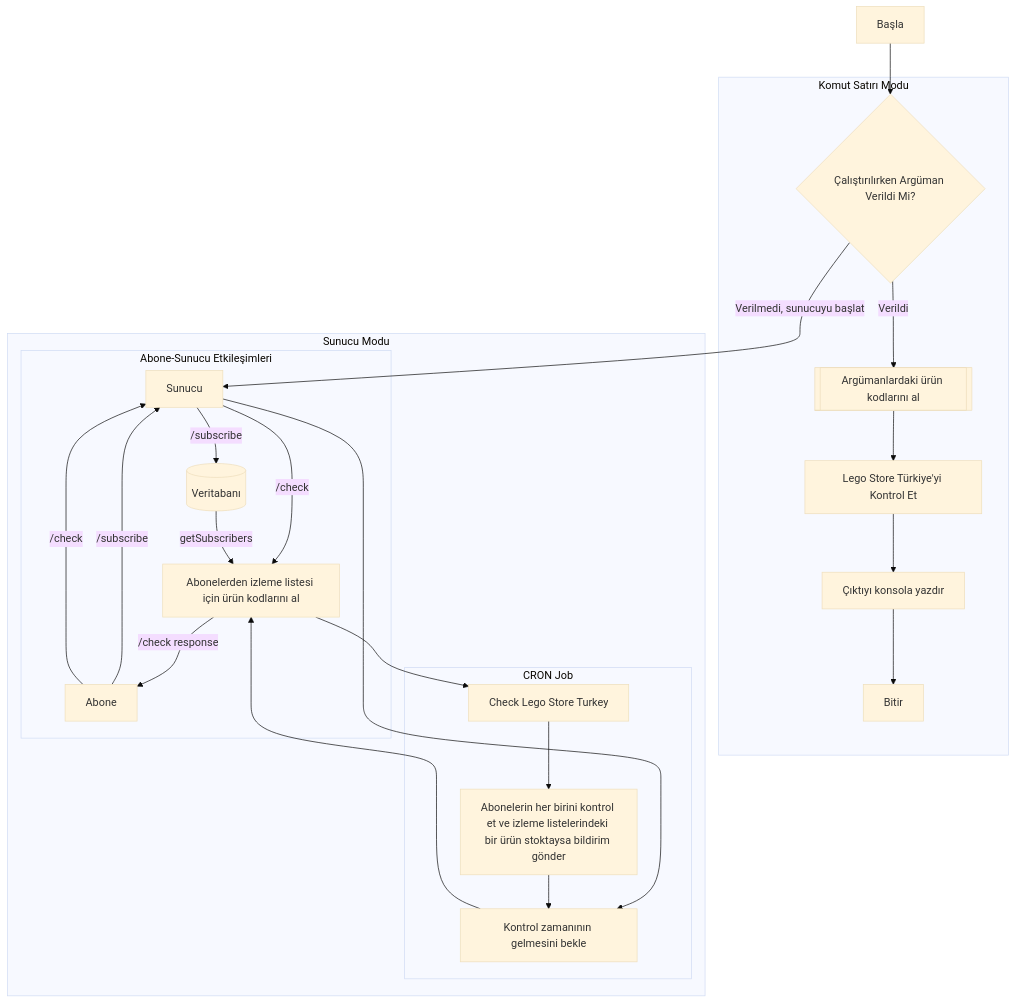
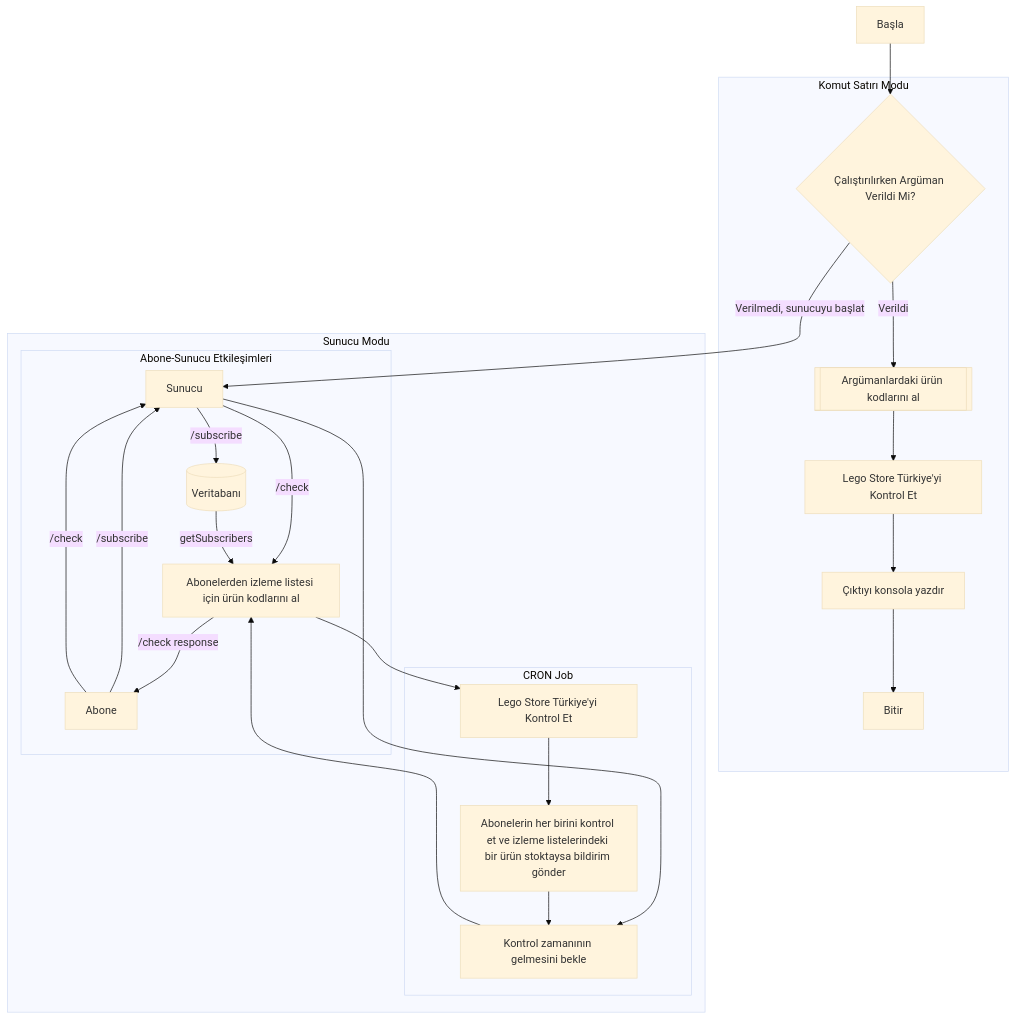
Before and after one commit to yussufbiyik/lego-store-stock-checker: the first of 2 diagrams in turkish-readme.md, drawn with Mermaid (base theme).

Commit message:
Fix translation issue

````diff
--- a/turkish-readme.md
+++ b/turkish-readme.md
@@ -11,28 +11,28 @@
 ```mermaid
 graph TD;
     A[Başla] --> B{Çalıştırılırken Argüman Verildi Mi?}
     subgraph Komut Satırı Modu
     B --> |Verildi| C[[Argümanlardaki ürün kodlarını al]]
     C --> D[Lego Store Türkiye'yi Kontrol Et]
     D --> L[Çıktıyı konsola yazdır]
     L --> M[Bitir]
     end
     subgraph Sunucu Modu
     B --> |Verilmedi, sunucuyu başlat| E[Sunucu]
     subgraph Abone-Sunucu Etkileşimleri
     F[Abone] --> |/subscribe| E
     E --> |/subscribe| I[(Veritabanı)]
     F --> |/check| E
     E --> |/check| J
     J --> |/check response| F
     end
     subgraph CRON Job
     E --> G[Kontrol zamanının gelmesini bekle]
     G --> J[Abonelerden izleme listesi için ürün kodlarını al]
     I --> |getSubscribers| J
-    J --> N[Check Lego Store Turkey]
+    J --> N[Lego Store Türkiye'yi Kontrol Et]
     N --> K[Abonelerin her birini kontrol et ve izleme listelerindeki bir ürün stoktaysa bildirim gönder]
     K --> G
     end
     end
 ```
````
